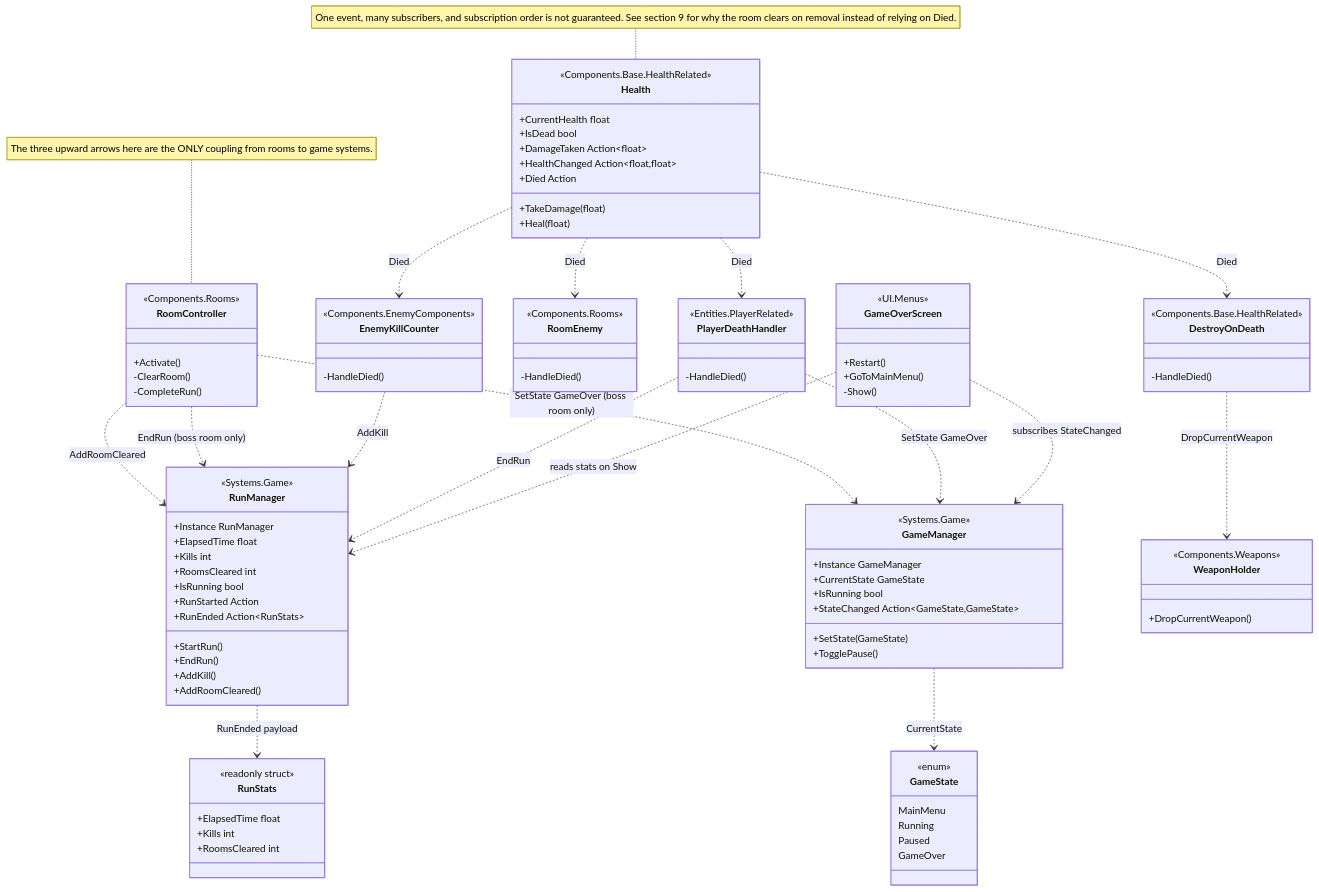
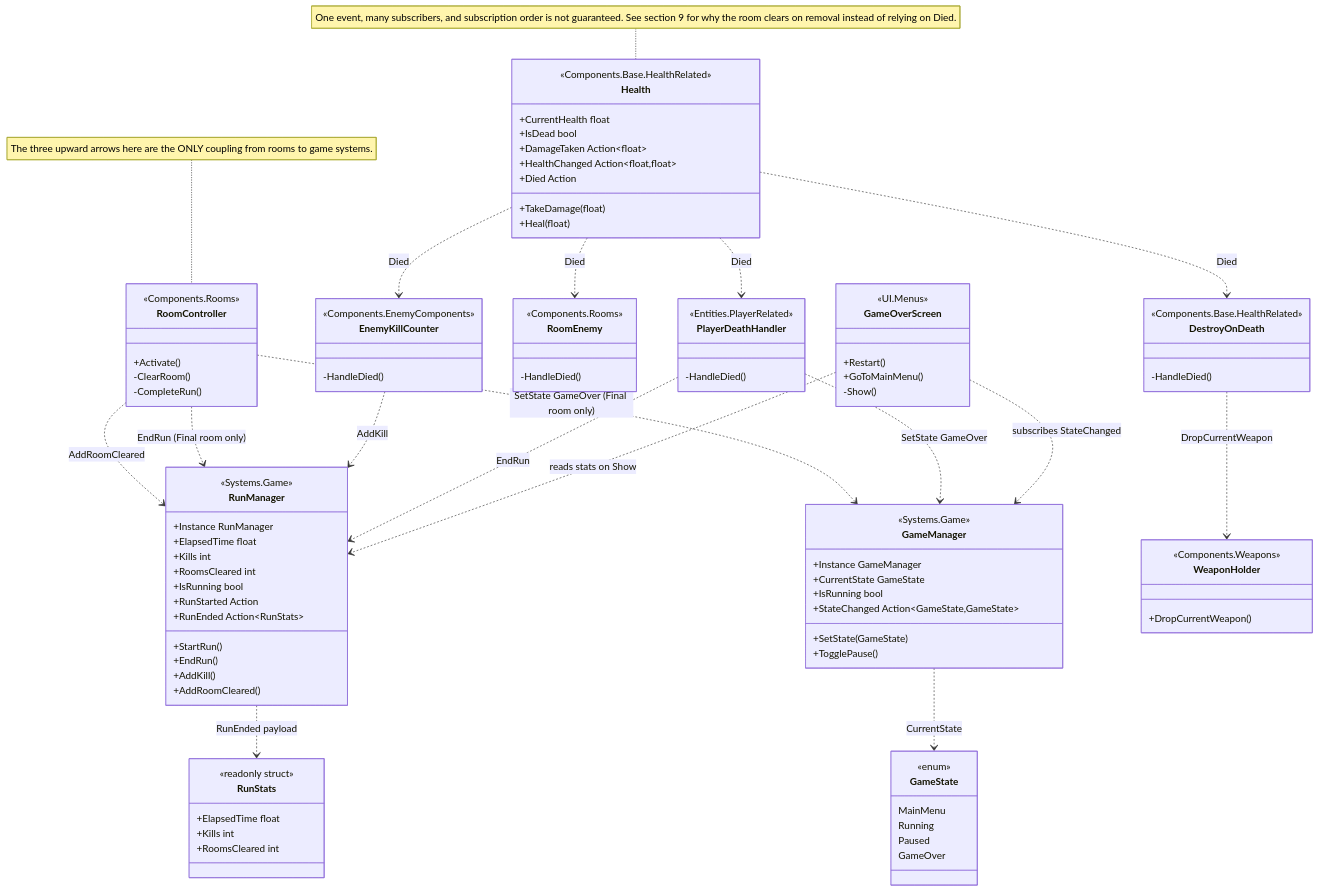
One commit to Zaba-cfg/Chamberlock changed the fourth of 9 diagrams in docs/ROOMS.md. Above: the diagram before and after it, drawn with Mermaid. The commit also changed other lines of this file and 12 other files, not shown here.

```diff
--- a/docs/ROOMS.md
+++ b/docs/ROOMS.md
@@ -506,8 +506,8 @@
     }
 
     RoomController ..> RunManager : AddRoomCleared
-    RoomController ..> RunManager : EndRun (boss room only)
-    RoomController ..> GameManager : SetState GameOver (boss room only)
+    RoomController ..> RunManager : EndRun (Final room only)
+    RoomController ..> GameManager : SetState GameOver (Final room only)
     GameManager ..> GameState : CurrentState
 
     Health ..> RoomEnemy : Died
```
